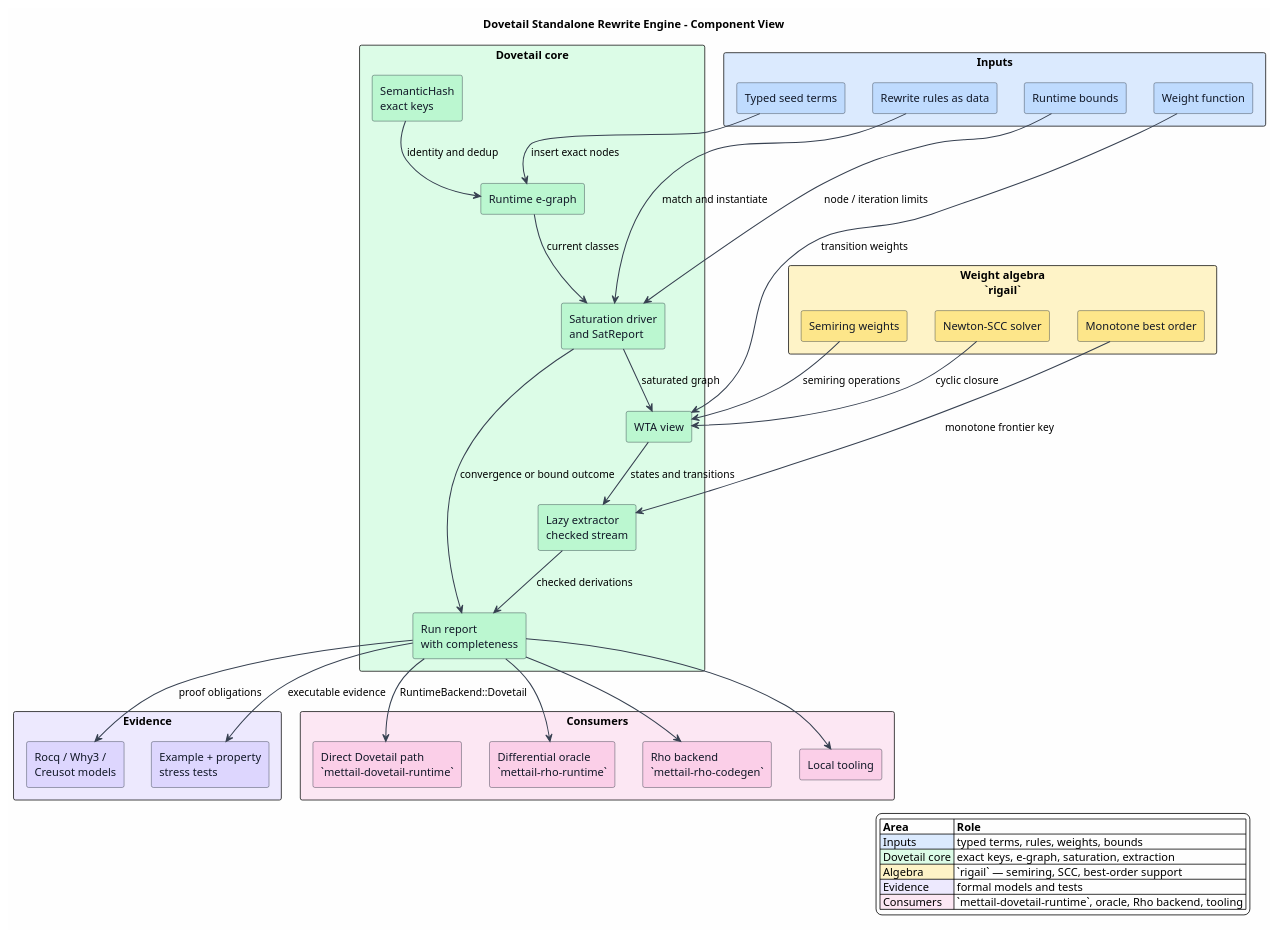
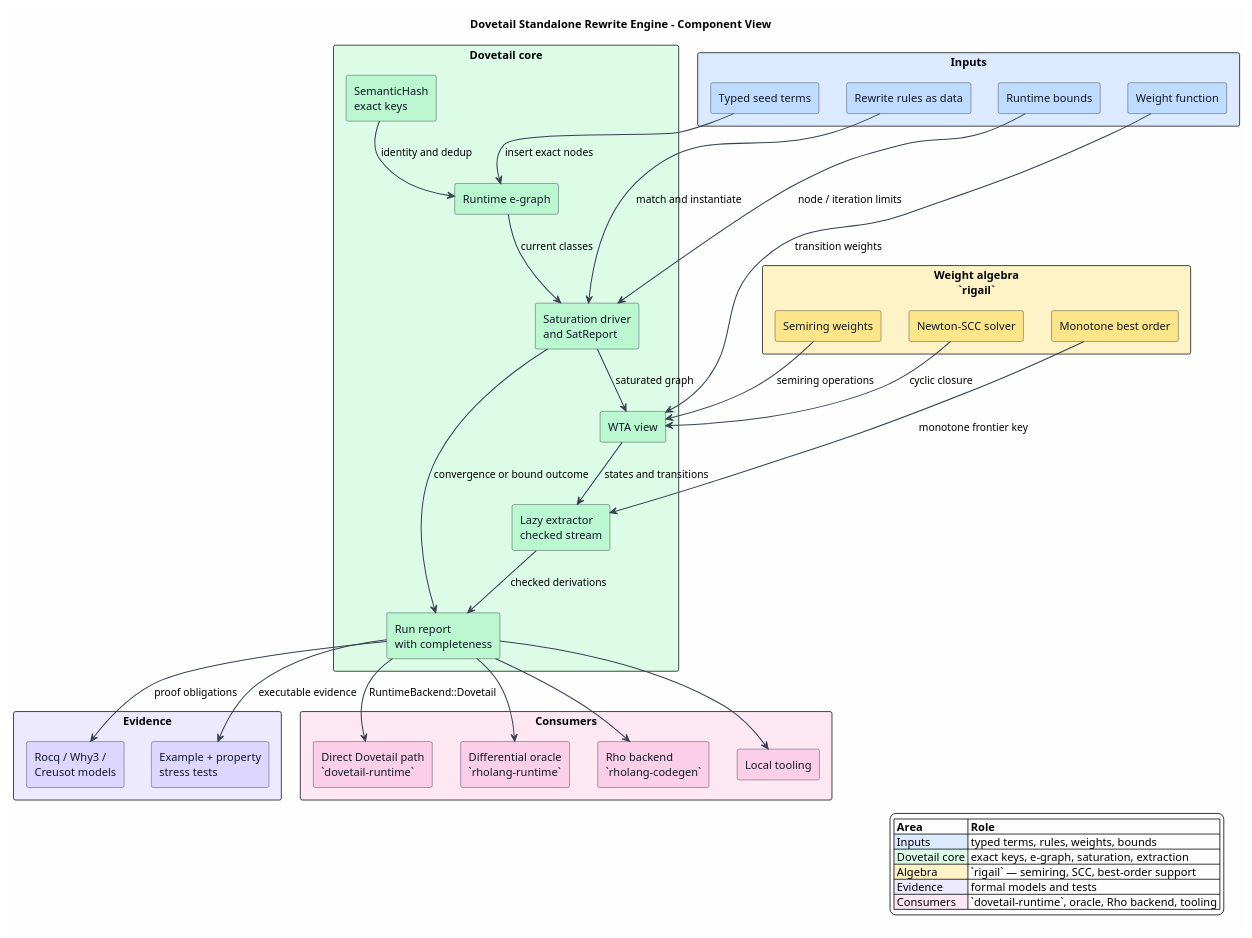
The diagram in docs/architecture/dovetail/figures/README.puml (F1R3FLY-io/mettail-rust), drawn with PlantUML before and after one commit. The commit also changed 188 other files, not shown here.

```diff
--- a/docs/architecture/dovetail/figures/README.puml
+++ b/docs/architecture/dovetail/figures/README.puml
@@ -1,76 +1,76 @@
 @startuml
 title Dovetail Standalone Rewrite Engine - Component View
 
 skinparam backgroundColor #FEFEFE
 skinparam componentStyle rectangle
 skinparam shadowing false
 skinparam ArrowColor #374151
 skinparam ArrowThickness 1.3
 skinparam component {
   BorderColor #1F2937
   FontColor #111827
 }
 
 rectangle "Inputs" as Inputs #DBEAFE {
   component "Typed seed terms" as Seeds #BFDBFE
   component "Rewrite rules as data" as RuleData #BFDBFE
   component "Weight function" as Weigh #BFDBFE
   component "Runtime bounds" as Bounds #BFDBFE
 }
 
 rectangle "Dovetail core" as Core #DCFCE7 {
   component "SemanticHash\nexact keys" as Keys #BBF7D0
   component "Runtime e-graph" as EGraph #BBF7D0
   component "Saturation driver\nand SatReport" as Saturation #BBF7D0
   component "WTA view" as Wta #BBF7D0
   component "Lazy extractor\nchecked stream" as Extractor #BBF7D0
   component "Run report\nwith completeness" as Report #BBF7D0
 }
 
 rectangle "Weight algebra\n`rigail`" as Algebra #FEF3C7 {
   component "Semiring weights" as Weights #FDE68A
   component "Newton-SCC solver" as Newton #FDE68A
   component "Monotone best order" as Order #FDE68A
 }
 
 rectangle "Evidence" as Evidence #EDE9FE {
   component "Rocq / Why3 /\nCreusot models" as Formal #DDD6FE
   component "Example + property\nstress tests" as Tests #DDD6FE
 }
 
 rectangle "Consumers" as Consumers #FCE7F3 {
-  component "Direct Dovetail path\n`mettail-dovetail-runtime`" as Direct #FBCFE8
-  component "Differential oracle\n`mettail-rho-runtime`" as Oracle #FBCFE8
-  component "Rho backend\n`mettail-rho-codegen`" as Rho #FBCFE8
+  component "Direct Dovetail path\n`dovetail-runtime`" as Direct #FBCFE8
+  component "Differential oracle\n`rholang-runtime`" as Oracle #FBCFE8
+  component "Rho backend\n`rholang-codegen`" as Rho #FBCFE8
   component "Local tooling" as Tooling #FBCFE8
 }
 
 Seeds --> EGraph : insert exact nodes
 RuleData --> Saturation : match and instantiate
 Keys --> EGraph : identity and dedup
 EGraph --> Saturation : current classes
 Bounds --> Saturation : node / iteration limits
 Saturation --> Wta : saturated graph
 Weigh --> Wta : transition weights
 Weights --> Wta : semiring operations
 Newton --> Wta : cyclic closure
 Wta --> Extractor : states and transitions
 Order --> Extractor : monotone frontier key
 Extractor --> Report : checked derivations
 Saturation --> Report : convergence or bound outcome
 Report --> Formal : proof obligations
 Report --> Tests : executable evidence
 Report --> Direct : RuntimeBackend::Dovetail
 Report --> Oracle
 Report --> Rho
 Report --> Tooling
 
 legend right
 |= Area |= Role |
 |<#DBEAFE> Inputs | typed terms, rules, weights, bounds |
 |<#DCFCE7> Dovetail core | exact keys, e-graph, saturation, extraction |
 |<#FEF3C7> Algebra | `rigail` — semiring, SCC, best-order support |
 |<#EDE9FE> Evidence | formal models and tests |
-|<#FCE7F3> Consumers | `mettail-dovetail-runtime`, oracle, Rho backend, tooling |
+|<#FCE7F3> Consumers | `dovetail-runtime`, oracle, Rho backend, tooling |
 endlegend
 @enduml
```
